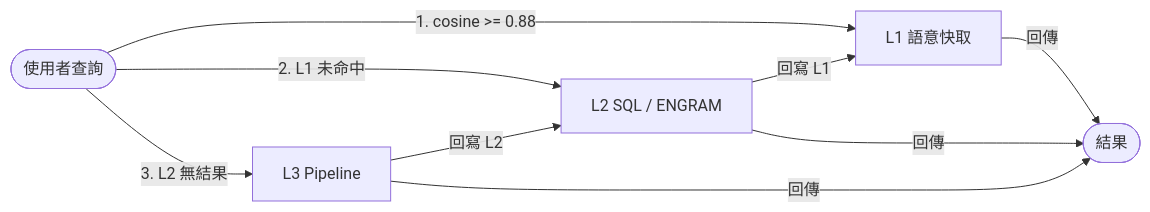
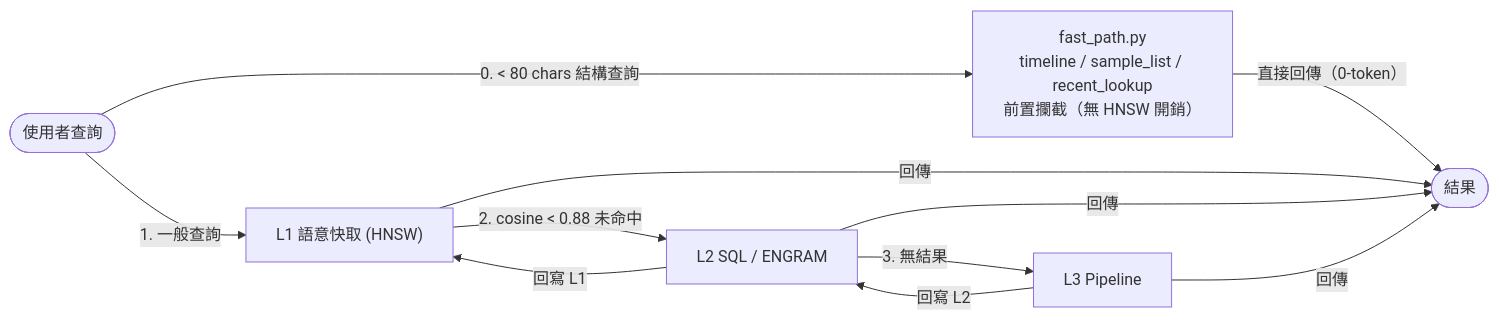
The fourth of 17 diagrams in docs/plans/plan_zh.md (ddmanyes/Evo_PRISM), drawn with Mermaid before and after one commit. The commit also changed other lines of this file and 103 other files, not shown here.

````diff
--- a/docs/plans/plan_zh.md
+++ b/docs/plans/plan_zh.md
@@ -223,12 +270,14 @@
 ```mermaid
 graph LR
-Q(["使用者查詢"]) -->|"1. cosine >= 0.88"| L1["L1 語意快取"]
-Q -->|"2. L1 未命中"| L2["L2 SQL / ENGRAM"]
-Q -->|"3. L2 無結果"| L3["L3 Pipeline"]
+Q(["使用者查詢"]) -->|"0. < 80 chars 結構查詢"| FP["fast_path.py\ntimeline / sample_list / recent_lookup\n前置攔截（無 HNSW 開銷）"]
+Q -->|"1. 一般查詢"| L1["L1 語意快取 (HNSW)"]
+L1 -->|"2. cosine < 0.88 未命中"| L2["L2 SQL / ENGRAM"]
+L2 -->|"3. 無結果"| L3["L3 Pipeline"]
 
+FP -->|"直接回傳（0-token）"| A(["結果"])
 L3 -->|"回寫 L2"| L2
 L2 -->|"回寫 L1"| L1
-L1 -->|"回傳"| A(["結果"])
+L1 -->|"回傳"| A
 L2 -->|"回傳"| A
 L3 -->|"回傳"| A
 ```
````
